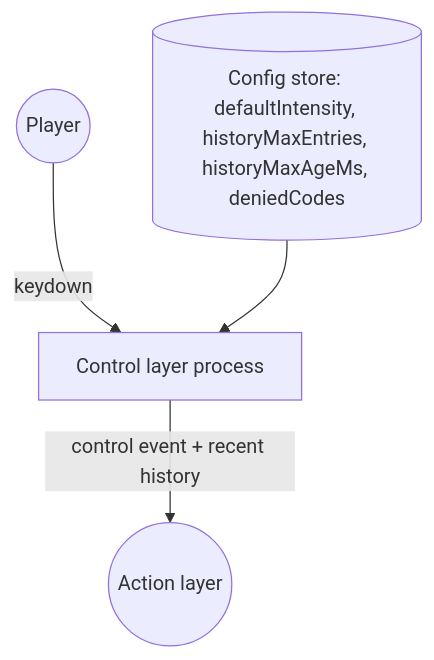
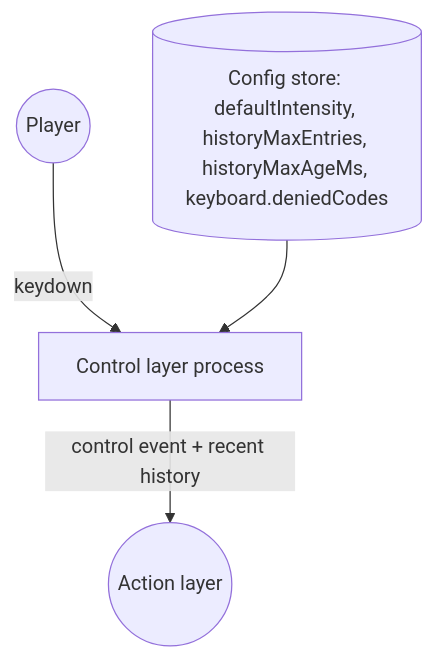
Before and after one commit to PeloNZ/fireworks: the third of 4 diagrams in docs/02_spec.md, drawn with Mermaid. The commit also changed other lines of this file and 1 other file, not shown here.

````diff
--- a/docs/02_spec.md
+++ b/docs/02_spec.md
@@ -145,6 +176,6 @@
 ```mermaid
 flowchart TD
     P((Player)) -->|keydown| CL[Control layer process]
     CL -->|control event + recent history| AL((Action layer))
-    CS[(Config store: defaultIntensity, historyMaxEntries, historyMaxAgeMs, deniedCodes)] --> CL
+    CS[(Config store: defaultIntensity, historyMaxEntries, historyMaxAgeMs, keyboard.deniedCodes)] --> CL
 ```
````
